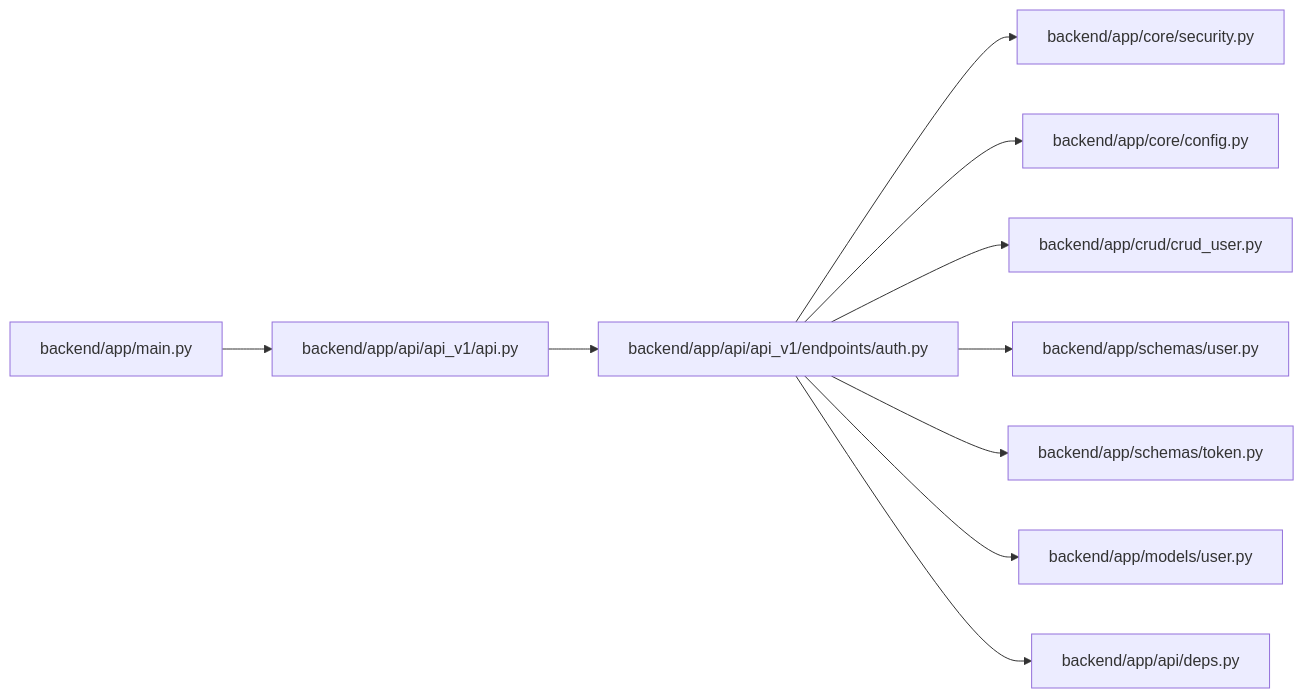
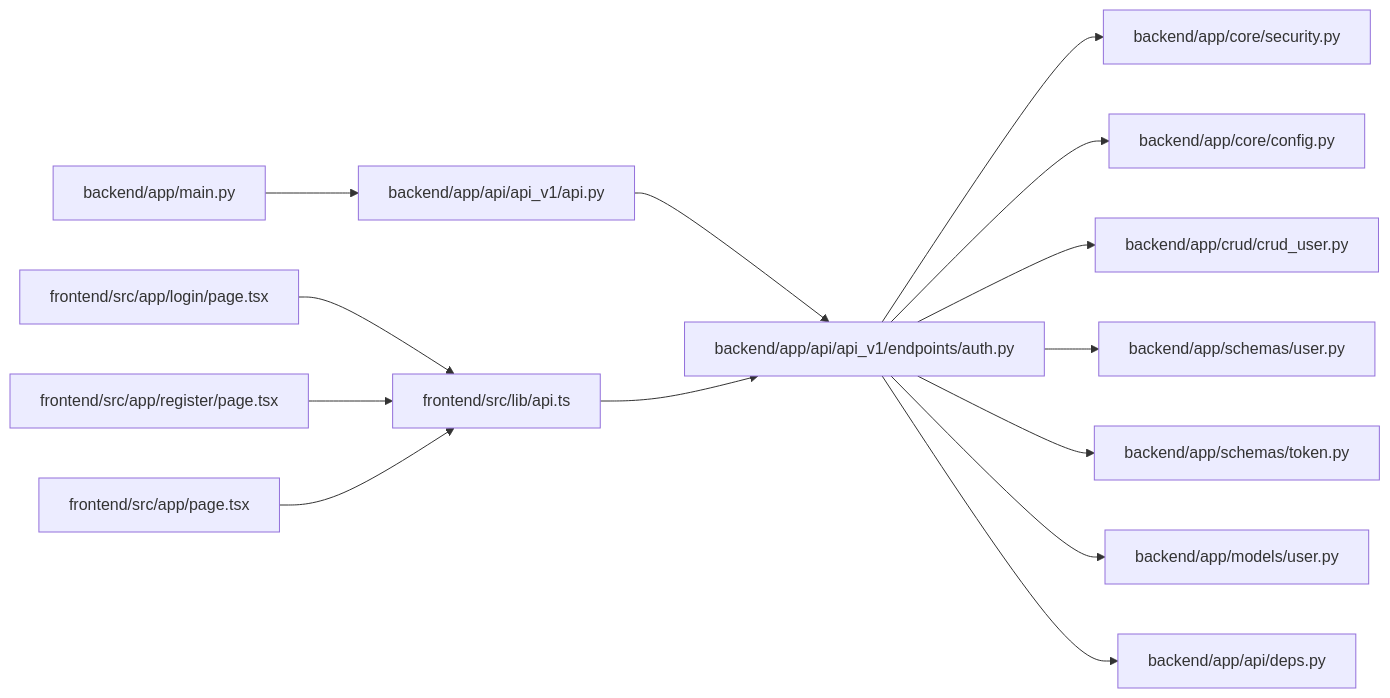
Before and after one commit to ss8806/Todos: the third of 3 diagrams in .qoder/repowiki/ja/content/APIリファレンス/認証API.md, drawn with Mermaid. The commit also changed other lines of this file and 3 other files, not shown here.

````diff
--- a/.qoder/repowiki/ja/content/APIリファレンス/認証API.md
+++ b/.qoder/repowiki/ja/content/APIリファレンス/認証API.md
@@ -257,12 +364,16 @@
 ```mermaid
 graph LR
 MAIN["backend/app/main.py"] --> API_ROUTER["backend/app/api/api_v1/api.py"]
 API_ROUTER --> AUTH_ENDPOINTS["backend/app/api/api_v1/endpoints/auth.py"]
 AUTH_ENDPOINTS --> SECURITY["backend/app/core/security.py"]
 AUTH_ENDPOINTS --> CONFIG["backend/app/core/config.py"]
 AUTH_ENDPOINTS --> CRUD_USER["backend/app/crud/crud_user.py"]
 AUTH_ENDPOINTS --> SCHEMAS_USER["backend/app/schemas/user.py"]
 AUTH_ENDPOINTS --> SCHEMAS_TOKEN["backend/app/schemas/token.py"]
 AUTH_ENDPOINTS --> MODELS_USER["backend/app/models/user.py"]
 AUTH_ENDPOINTS --> DEPS["backend/app/api/deps.py"]
+FRONTEND_LOGIN["frontend/src/app/login/page.tsx"] --> API_LIB["frontend/src/lib/api.ts"]
+FRONTEND_REGISTER["frontend/src/app/register/page.tsx"] --> API_LIB
+FRONTEND_HOME["frontend/src/app/page.tsx"] --> API_LIB
+API_LIB --> AUTH_ENDPOINTS
 ```
````
